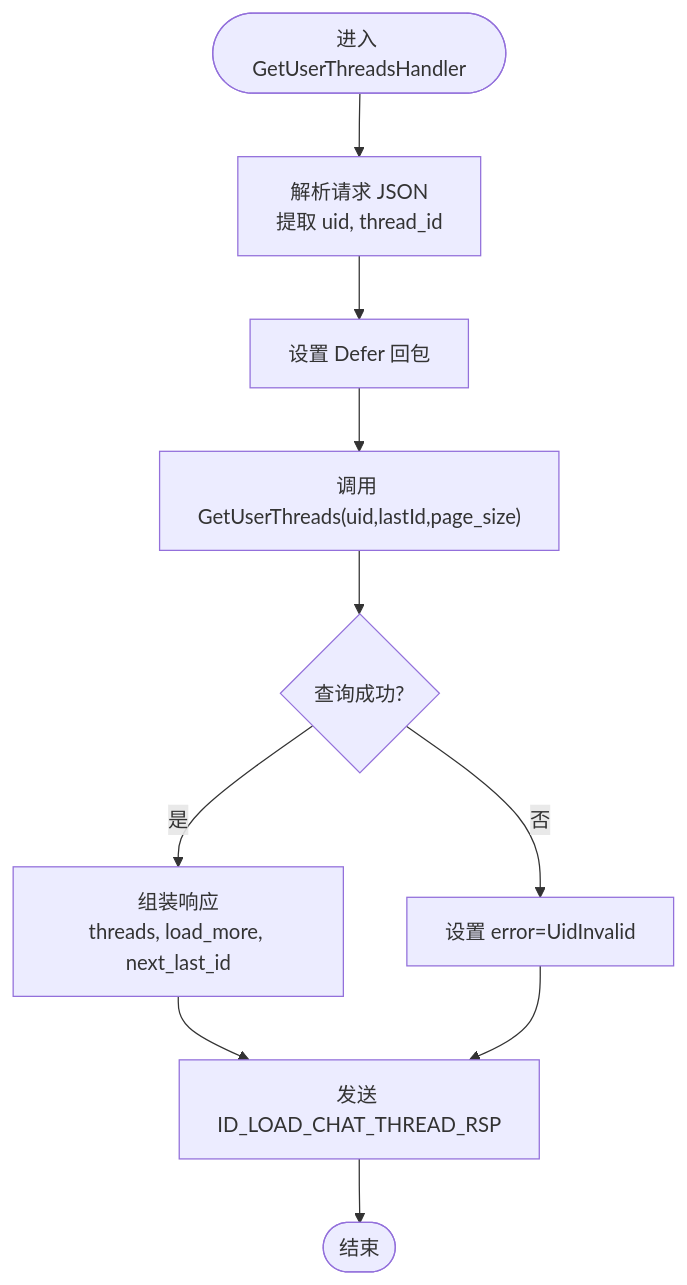
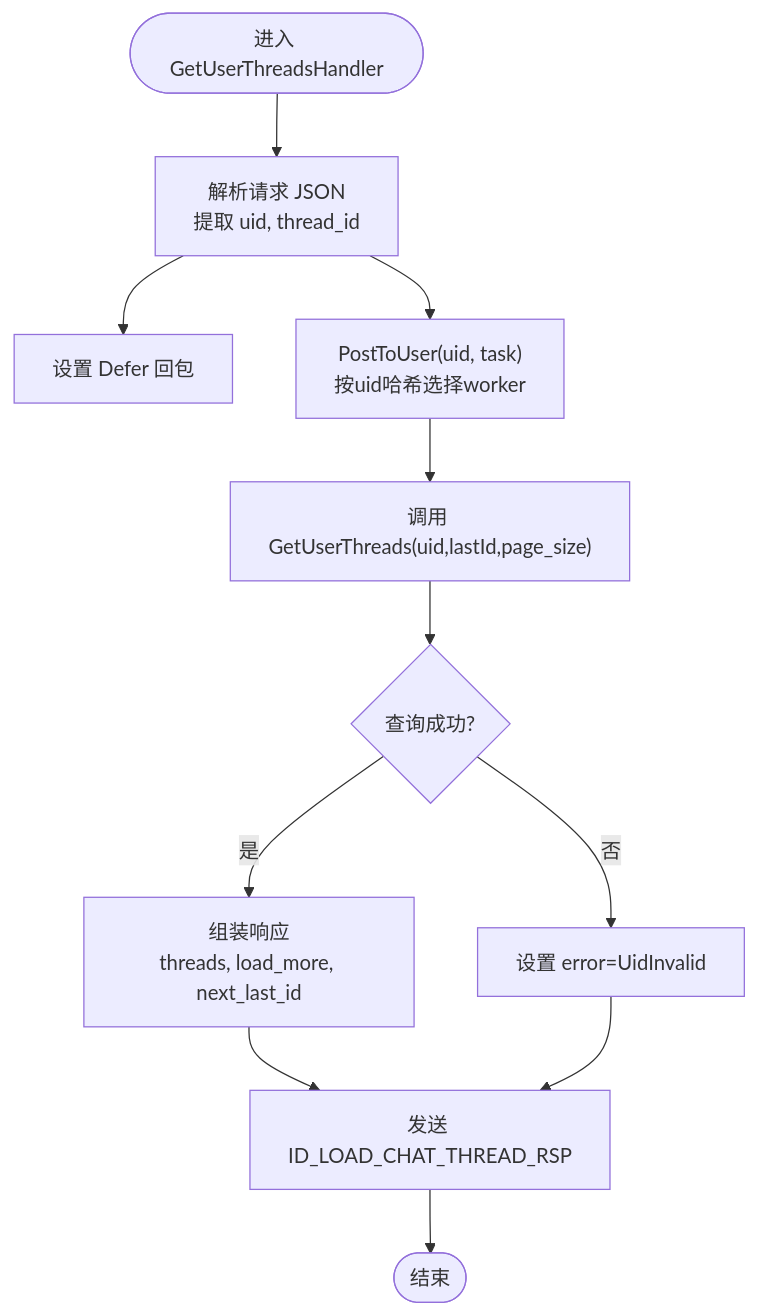
Before and after one commit to echo9923/mychatter: the fourth of 9 diagrams in .qoder/repowiki/zh/content/服务端开发/ChatServer聊天核心服务/业务逻辑系统/线程管理.md, drawn with Mermaid. The commit also changed other lines of this file and 54 other files, not shown here.

````diff
--- a/.qoder/repowiki/zh/content/服务端开发/ChatServer聊天核心服务/业务逻辑系统/线程管理.md
+++ b/.qoder/repowiki/zh/content/服务端开发/ChatServer聊天核心服务/业务逻辑系统/线程管理.md
@@ -143,12 +213,13 @@
 ```mermaid
 flowchart TD
 Start(["进入 GetUserThreadsHandler"]) --> Parse["解析请求 JSON<br/>提取 uid, thread_id"]
 Parse --> SetDefer["设置 Defer 回包"]
-SetDefer --> CallGet["调用 GetUserThreads(uid,lastId,page_size)"]
+Parse --> PostWorker["PostToUser(uid, task)<br/>按uid哈希选择worker"]
+PostWorker --> CallGet["调用 GetUserThreads(uid,lastId,page_size)"]
 CallGet --> CheckRes{"查询成功?"}
 CheckRes --> |否| Err["设置 error=UidInvalid"]
 CheckRes --> |是| BuildResp["组装响应<br/>threads, load_more, next_last_id"]
 BuildResp --> Send["发送 ID_LOAD_CHAT_THREAD_RSP"]
 Err --> Send
 Send --> End(["结束"])
 ```
````
